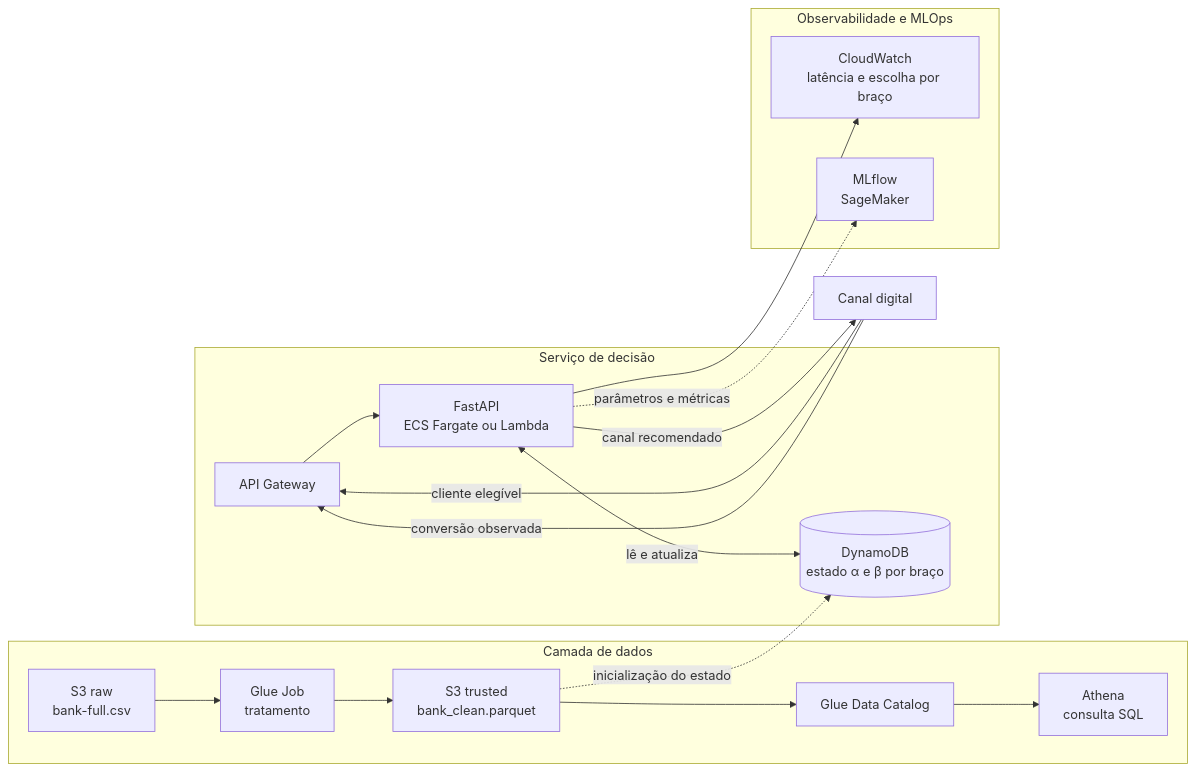
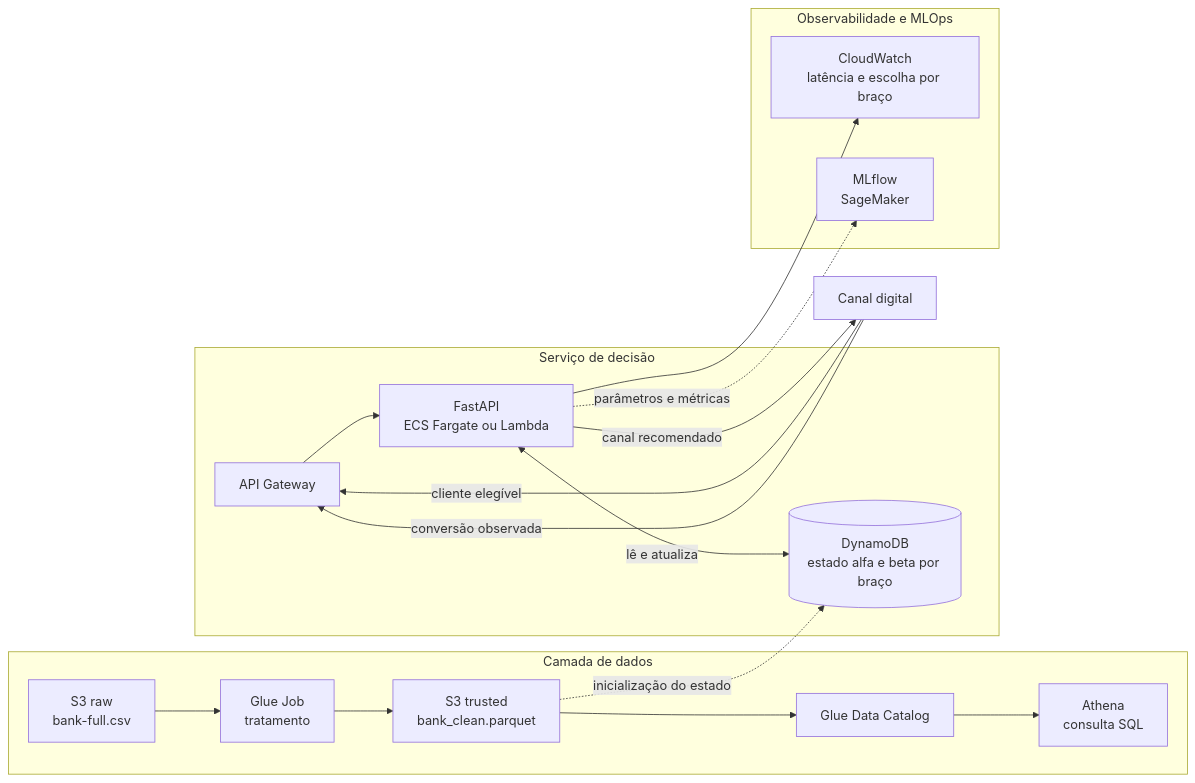
The diagram in README.md (Grazzica/datathon-8mlet), drawn with Mermaid before and after one commit. The commit also changed other lines of this file and 2 other files, not shown here.

````diff
--- a/README.md
+++ b/README.md
@@ -79,32 +104,32 @@
 ```mermaid
 flowchart LR
     subgraph DADOS["Camada de dados"]
         RAW["S3 raw<br/>bank-full.csv"]
         GLUE["Glue Job<br/>tratamento"]
         TRUSTED["S3 trusted<br/>bank_clean.parquet"]
         CAT["Glue Data Catalog"]
         ATH["Athena<br/>consulta SQL"]
         RAW --> GLUE --> TRUSTED
         TRUSTED --> CAT --> ATH
     end
 
     subgraph SERVICO["Serviço de decisão"]
         APIGW["API Gateway"]
         API["FastAPI<br/>ECS Fargate ou Lambda"]
-        DDB[("DynamoDB<br/>estado α e β por braço")]
+        DDB[("DynamoDB<br/>estado alfa e beta por braço")]
         APIGW --> API
         API <-->|"lê e atualiza"| DDB
     end
 
     subgraph OPS["Observabilidade e MLOps"]
         CW["CloudWatch<br/>latência e escolha por braço"]
         MLF["MLflow<br/>SageMaker"]
     end
 
     CANAL["Canal digital"] -->|"cliente elegível"| APIGW
     API -->|"canal recomendado"| CANAL
     CANAL -->|"conversão observada"| APIGW
     TRUSTED -.->|"inicialização do estado"| DDB
     API --> CW
     API -.->|"parâmetros e métricas"| MLF
 ```
````
